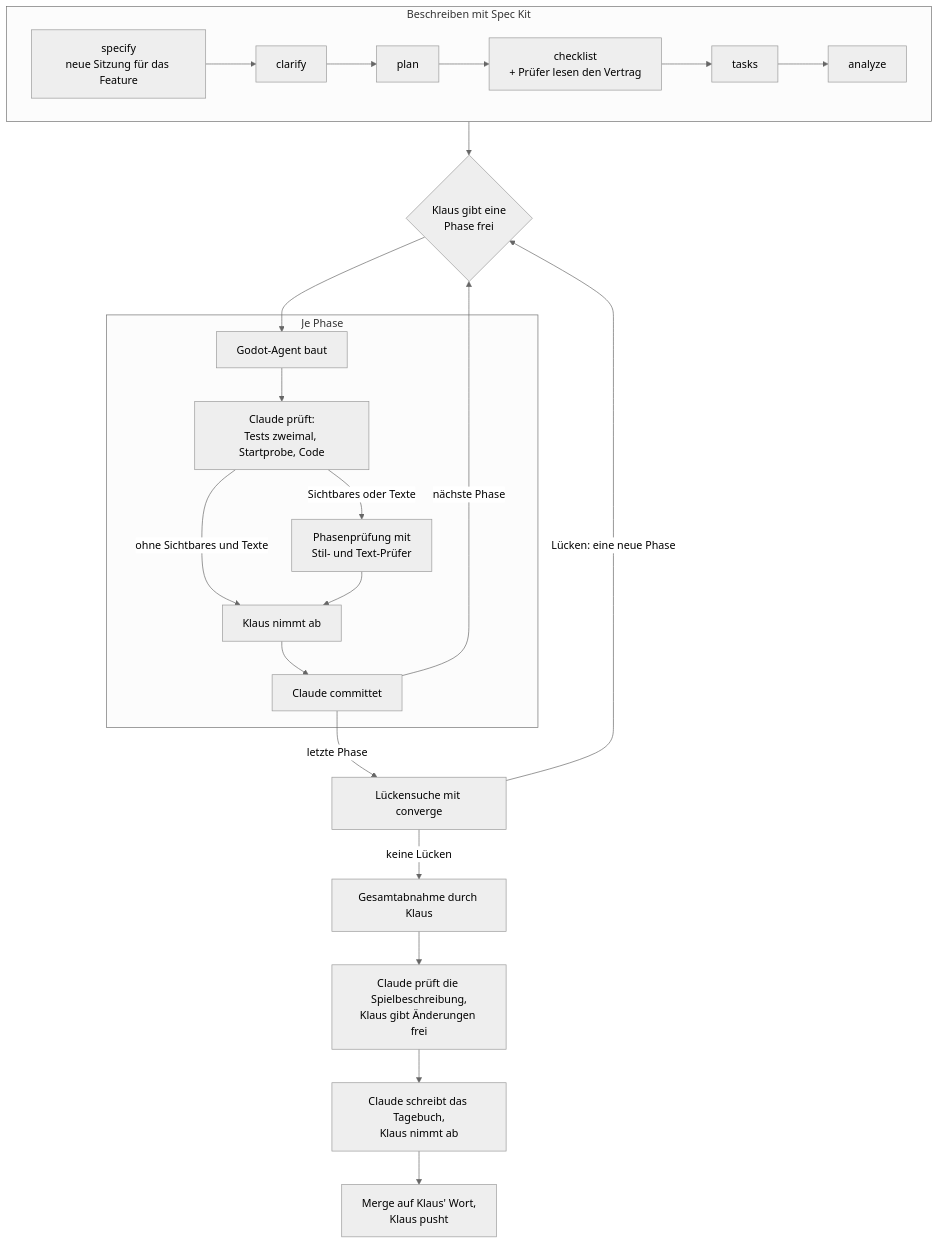
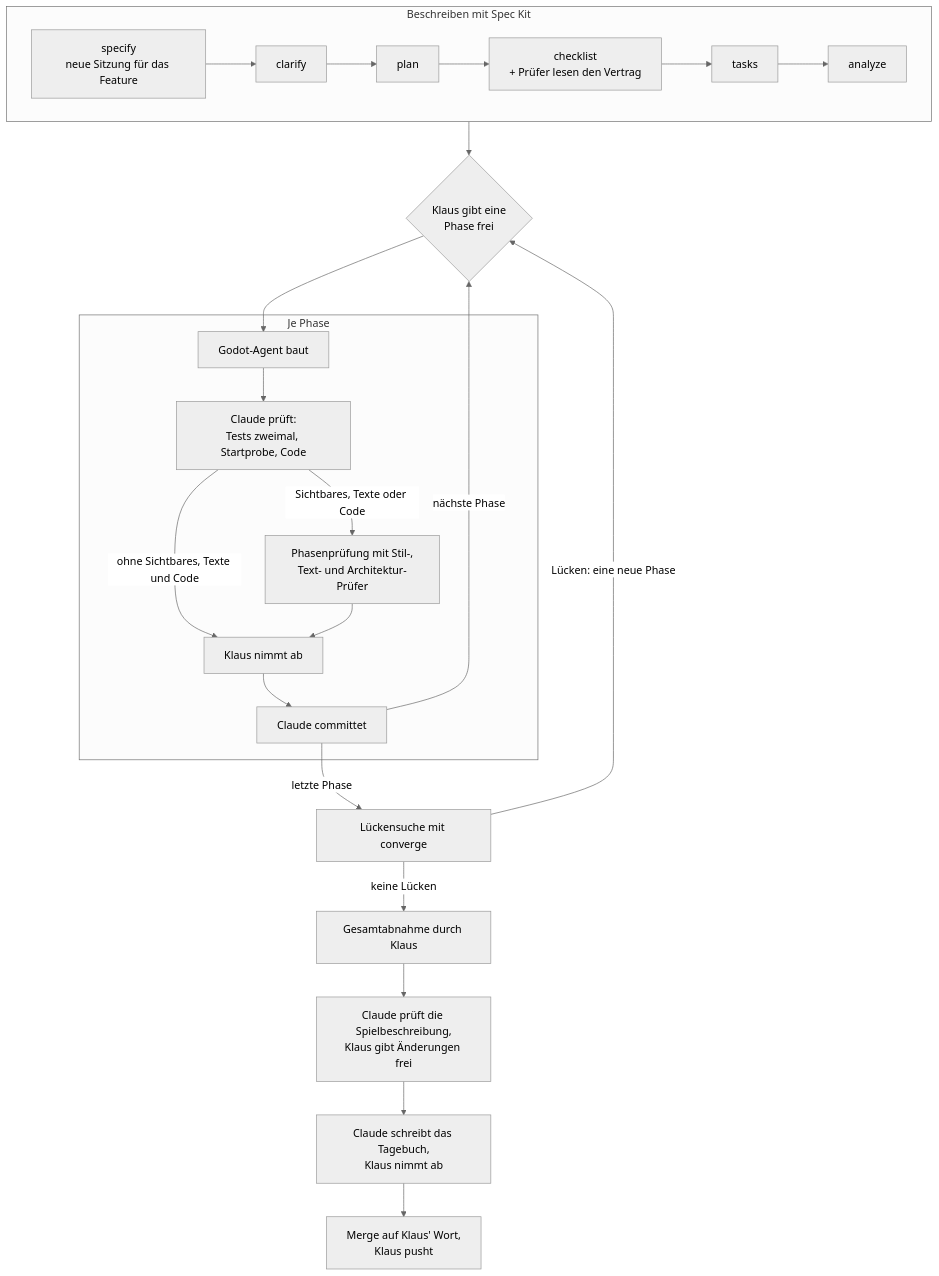
One commit to klausmoster/DerComputerladen changed the diagram in docs/ki_workflow/ki_dev.md. Above: the diagram before and after it, drawn with Mermaid (neutral theme). The commit also changed other lines of this file and 21 other files, not shown here.

````diff
--- a/docs/ki_workflow/ki_dev.md
+++ b/docs/ki_workflow/ki_dev.md
@@ -25,23 +25,23 @@
 ```mermaid
 flowchart TD
     subgraph beschreiben["Beschreiben mit Spec Kit"]
         direction LR
         S1["specify<br/>neue Sitzung für das Feature"] --> S2["clarify"] --> S3["plan"] --> S4["checklist<br/>+ Prüfer lesen den Vertrag"] --> S5["tasks"] --> S6["analyze"]
     end
     beschreiben --> F{"Klaus gibt eine<br/>Phase frei"}
     subgraph phase["Je Phase"]
         B["Godot-Agent baut"] --> CP["Claude prüft:<br/>Tests zweimal, Startprobe, Code"]
-        CP -->|"ohne Sichtbares und Texte"| AB["Klaus nimmt ab"]
-        CP -->|"Sichtbares oder Texte"| P["Phasenprüfung mit<br/>Stil- und Text-Prüfer"]
+        CP -->|"ohne Sichtbares, Texte und Code"| AB["Klaus nimmt ab"]
+        CP -->|"Sichtbares, Texte oder Code"| P["Phasenprüfung mit Stil-,<br/>Text- und Architektur-Prüfer"]
         P --> AB
         AB --> CO["Claude committet"]
     end
     F --> B
     CO -->|"nächste Phase"| F
     CO -->|"letzte Phase"| CV["Lückensuche mit converge"]
     CV -->|"Lücken: eine neue Phase"| F
     CV -->|"keine Lücken"| GA["Gesamtabnahme durch Klaus"]
     GA --> SB["Claude prüft die Spielbeschreibung,<br/>Klaus gibt Änderungen frei"]
     SB --> TB["Claude schreibt das Tagebuch,<br/>Klaus nimmt ab"]
     TB --> M["Merge auf Klaus' Wort,<br/>Klaus pusht"]
 ```
````
